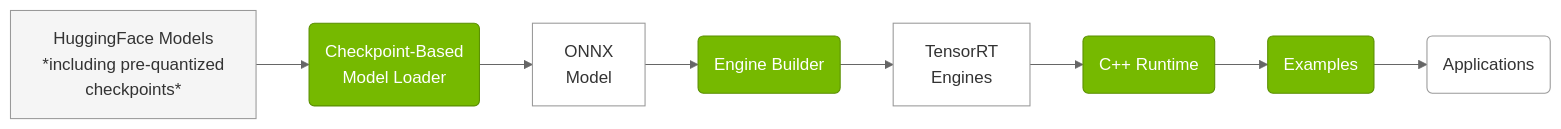
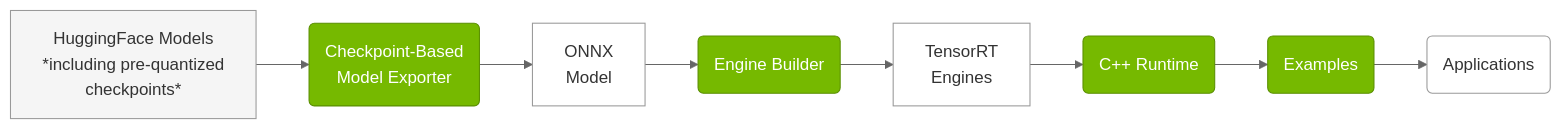
One commit to ConstBob/TensorRT-Edge-LLM changed the diagram in docs/source/overview.md. Above: the diagram before and after it, drawn with Mermaid. The commit also changed other lines of this file and 304 other files, not shown here.

Commit message:
feat: Replace Python exporter with checkpoint loader

````diff
--- a/docs/source/overview.md
+++ b/docs/source/overview.md
@@ -52,33 +52,33 @@
 ```mermaid
 %%{init: {'theme':'neutral', 'themeVariables': {'primaryColor':'#76B900','primaryTextColor':'#fff','primaryBorderColor':'#5a8f00','lineColor':'#666','edgeLabelBackground':'#ffffff','labelTextColor':'#000','clusterBkg':'#ffffff','clusterBorder':'#999'}}}%%
 
 graph LR
     HF_MODEL[HuggingFace Models<br>*including pre-quantized<br>checkpoints*]
-    PYTHON_EXPORT(Checkpoint-Based<br>Model Loader)
+    PYTHON_EXPORT(Checkpoint-Based<br>Model Exporter)
     ONNX_MODEL[ONNX<br>Model]
     ENGINE_BUILDER(Engine Builder)
     TRT_ENGINE[TensorRT<br>Engines]
     CPP_RUNTIME(C++ Runtime)
     SAMPLES(Examples)
     APPLICATIONS(Applications)
 
     HF_MODEL --> PYTHON_EXPORT
     PYTHON_EXPORT --> ONNX_MODEL
     ONNX_MODEL --> ENGINE_BUILDER
     ENGINE_BUILDER --> TRT_ENGINE
     TRT_ENGINE --> CPP_RUNTIME
     CPP_RUNTIME --> SAMPLES
     SAMPLES --> APPLICATIONS
 
     classDef greyNode fill:#f5f5f5,stroke:#999,stroke-width:1px,color:#333
     classDef nvNode fill:#76B900,stroke:#5a8f00,stroke-width:1px,color:#fff
     classDef darkNode fill:#ffffff,stroke:#999,stroke-width:1px,color:#333
     classDef inputNode fill:#f5f5f5,stroke:#999,stroke-width:1px,color:#333
     classDef itemNode fill:#ffffff,stroke:#999,stroke-width:1px,color:#333
 
     class HF_MODEL inputNode
     class ONNX_MODEL,TRT_ENGINE itemNode
     class PYTHON_EXPORT,ENGINE_BUILDER,CPP_RUNTIME nvNode
     class APPLICATIONS darkNode
     class SAMPLES nvNode
 ```
````
